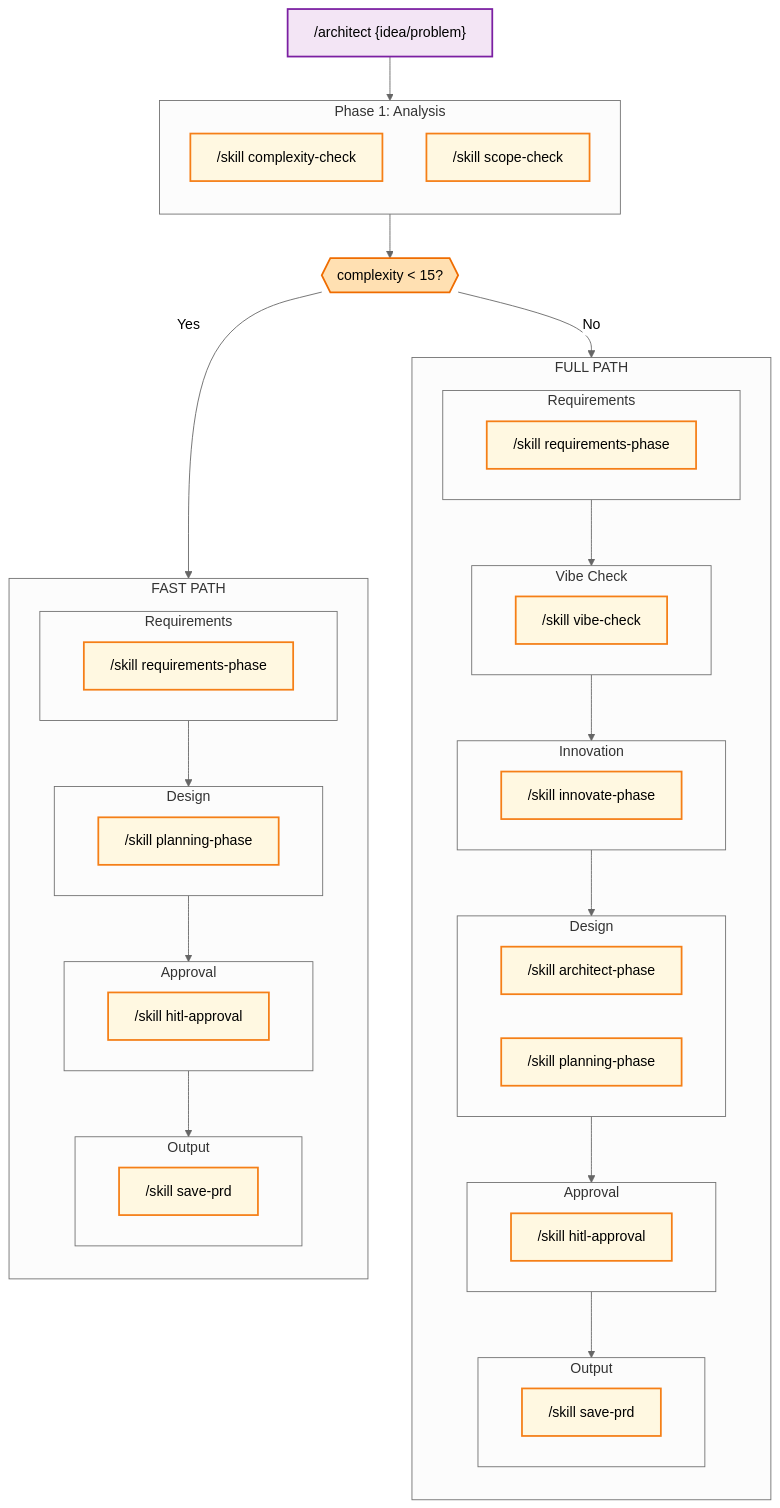
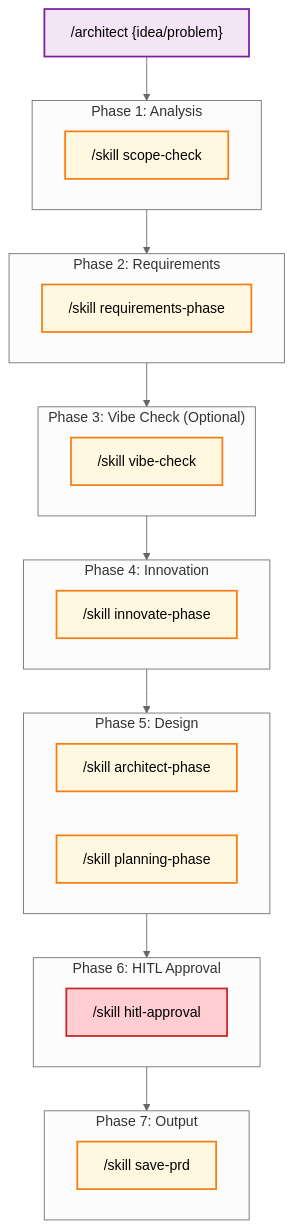
Before and after one commit to metasaver/metasaver-marketplace: the first of 8 diagrams in docs/architecture/architect-command-target-state.md, drawn with Mermaid (neutral theme). The commit also changed other lines of this file and 21 other files, not shown here.

````diff
--- a/docs/architecture/architect-command-target-state.md
+++ b/docs/architecture/architect-command-target-state.md
@@ -15,62 +15,40 @@
 ```mermaid
 flowchart TB
     classDef phase fill:#bbdefb,stroke:#1565c0,stroke-width:2px
     classDef skill fill:#fff8e1,stroke:#f57f17,stroke-width:2px
     classDef entry fill:#f3e5f5,stroke:#7b1fa2,stroke-width:2px
-    classDef decision fill:#ffe0b2,stroke:#ef6c00,stroke-width:2px
+    classDef hitl fill:#ffcdd2,stroke:#c62828,stroke-width:2px
 
     ENTRY["/architect {idea/problem}"]:::entry
 
     subgraph P1["Phase 1: Analysis"]
-        direction TB
-        CC["/skill complexity-check"]:::skill
         SC["/skill scope-check"]:::skill
     end
 
-    DECIDE{{"complexity < 15?"}}:::decision
-
-    subgraph FAST["FAST PATH"]
-        direction TB
-        subgraph P2F["Requirements"]
-            REQF["/skill requirements-phase"]:::skill
-        end
-        subgraph P5F["Design"]
-            PLANF["/skill planning-phase"]:::skill
-        end
-        subgraph P6F["Approval"]
-            HITLF["/skill hitl-approval"]:::skill
-        end
-        subgraph P7F["Output"]
-            SAVEF["/skill save-prd"]:::skill
-        end
-        P2F --> P5F --> P6F --> P7F
+    subgraph P2["Phase 2: Requirements"]
+        REQ["/skill requirements-phase"]:::skill
     end
 
-    subgraph FULL["FULL PATH"]
-        direction TB
-        subgraph P2["Requirements"]
-            REQ["/skill requirements-phase"]:::skill
-        end
-        subgraph P3["Vibe Check"]
-            VC["/skill vibe-check"]:::skill
-        end
-        subgraph P4["Innovation"]
-            INN["/skill innovate-phase"]:::skill
-        end
-        subgraph P5["Design"]
-            ARCH["/skill architect-phase"]:::skill
-            PLAN["/skill planning-phase"]:::skill
-        end
-        subgraph P6["Approval"]
-            HITL["/skill hitl-approval"]:::skill
-        end
-        subgraph P7["Output"]
-            SAVE["/skill save-prd"]:::skill
-        end
-        P2 --> P3 --> P4 --> P5 --> P6 --> P7
+    subgraph P3["Phase 3: Vibe Check (Optional)"]
+        VC["/skill vibe-check"]:::skill
     end
 
-    ENTRY --> P1 --> DECIDE
-    DECIDE -->|Yes| FAST
-    DECIDE -->|No| FULL
+    subgraph P4["Phase 4: Innovation"]
+        INN["/skill innovate-phase"]:::skill
+    end
+
+    subgraph P5["Phase 5: Design"]
+        ARCH["/skill architect-phase"]:::skill
+        PLAN["/skill planning-phase"]:::skill
+    end
+
+    subgraph P6["Phase 6: HITL Approval"]
+        HITL["/skill hitl-approval"]:::hitl
+    end
+
+    subgraph P7["Phase 7: Output"]
+        SAVE["/skill save-prd"]:::skill
+    end
+
+    ENTRY --> P1 --> P2 --> P3 --> P4 --> P5 --> P6 --> P7
 ```
````
